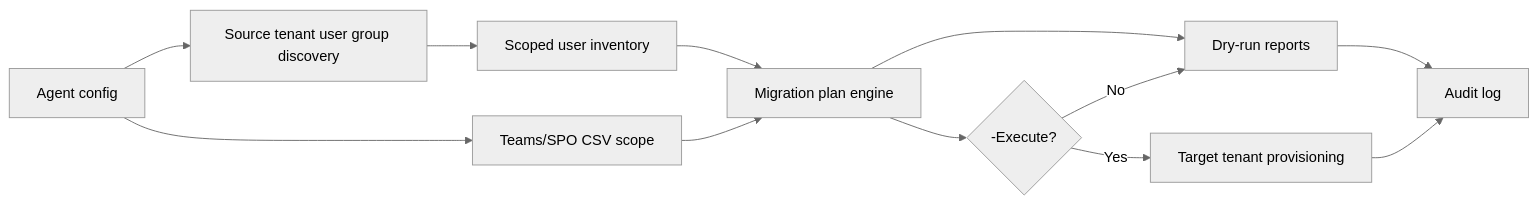
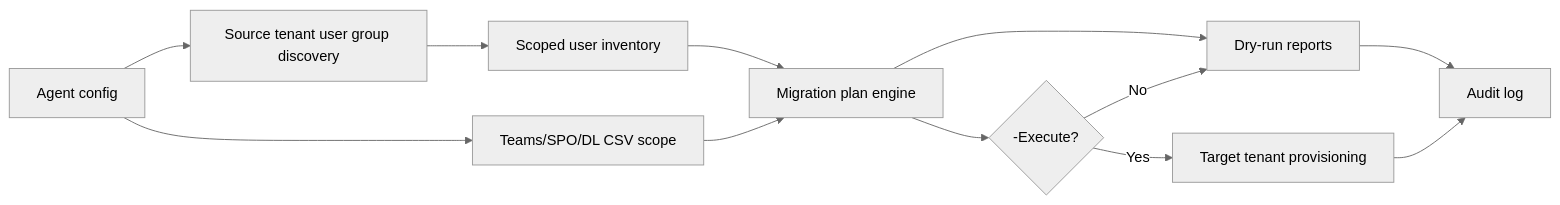
The diagram in docs/architecture.md (GobindGahir/m365-tenant-migration-agent), drawn with Mermaid (neutral theme) before and after one commit. The commit also changed 8 other files, not shown here.

````diff
--- a/docs/architecture.md
+++ b/docs/architecture.md
@@ -5,14 +5,14 @@
 ```mermaid
 flowchart LR
     Config["Agent config"] --> Source["Source tenant user group discovery"]
-    Config --> Scope["Teams/SPO CSV scope"]
+    Config --> Scope["Teams/SPO/DL CSV scope"]
     Source --> Inventory["Scoped user inventory"]
     Scope --> Plan
     Inventory --> Plan["Migration plan engine"]
     Plan --> DryRun["Dry-run reports"]
     Plan --> Execute{"-Execute?"}
     Execute -->|No| DryRun
     Execute -->|Yes| Target["Target tenant provisioning"]
     Target --> Audit["Audit log"]
     DryRun --> Audit
 ```
````
